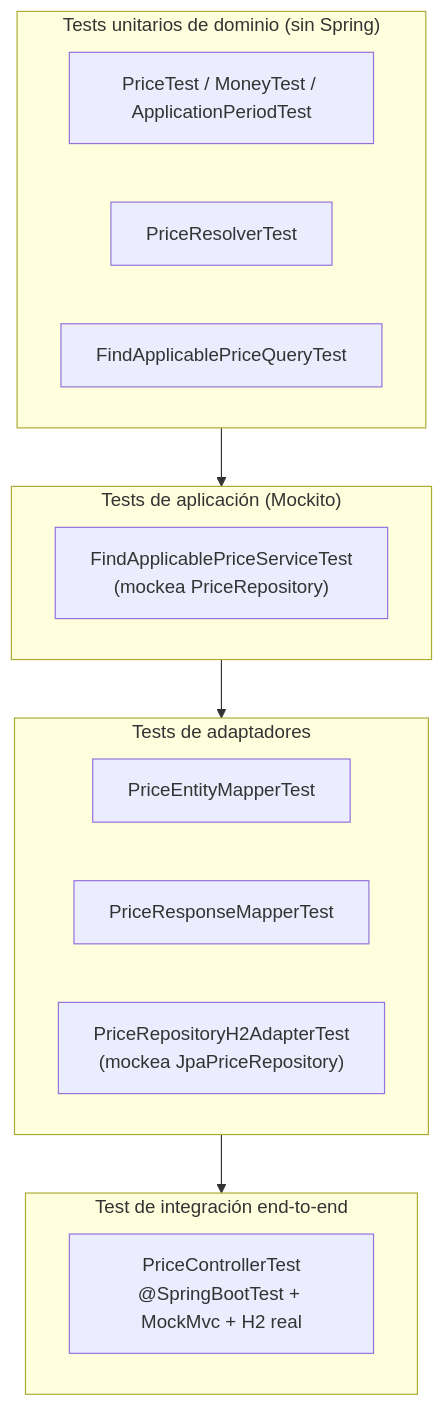
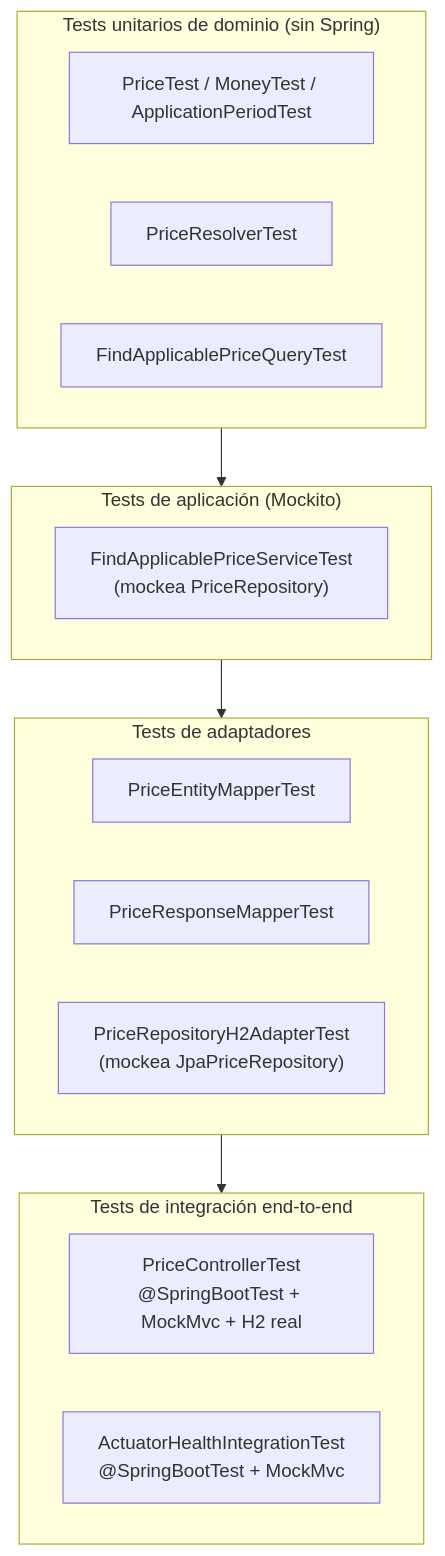
Before and after one commit to emanuelmcp/bcnc-inditex: the sixth of 6 diagrams in README.md, drawn with Mermaid. The commit also changed other lines of this file, not shown here.

````diff
--- a/README.md
+++ b/README.md
@@ -277,21 +373,22 @@
 ```mermaid
 flowchart TD
     subgraph Dominio["Tests unitarios de dominio (sin Spring)"]
         T1["PriceTest / MoneyTest / ApplicationPeriodTest"]
         T2["PriceResolverTest"]
         T3["FindApplicablePriceQueryTest"]
     end
     subgraph Aplicacion["Tests de aplicación (Mockito)"]
         T4["FindApplicablePriceServiceTest<br/>(mockea PriceRepository)"]
     end
     subgraph Infra["Tests de adaptadores"]
         T5["PriceEntityMapperTest"]
         T6["PriceResponseMapperTest"]
         T7["PriceRepositoryH2AdapterTest<br/>(mockea JpaPriceRepository)"]
     end
-    subgraph Integracion["Test de integración end-to-end"]
+    subgraph Integracion["Tests de integración end-to-end"]
         T8["PriceControllerTest<br/>@SpringBootTest + MockMvc + H2 real"]
+        T9["ActuatorHealthIntegrationTest<br/>@SpringBootTest + MockMvc"]
     end
 
     Dominio --> Aplicacion --> Infra --> Integracion
 ```
````
